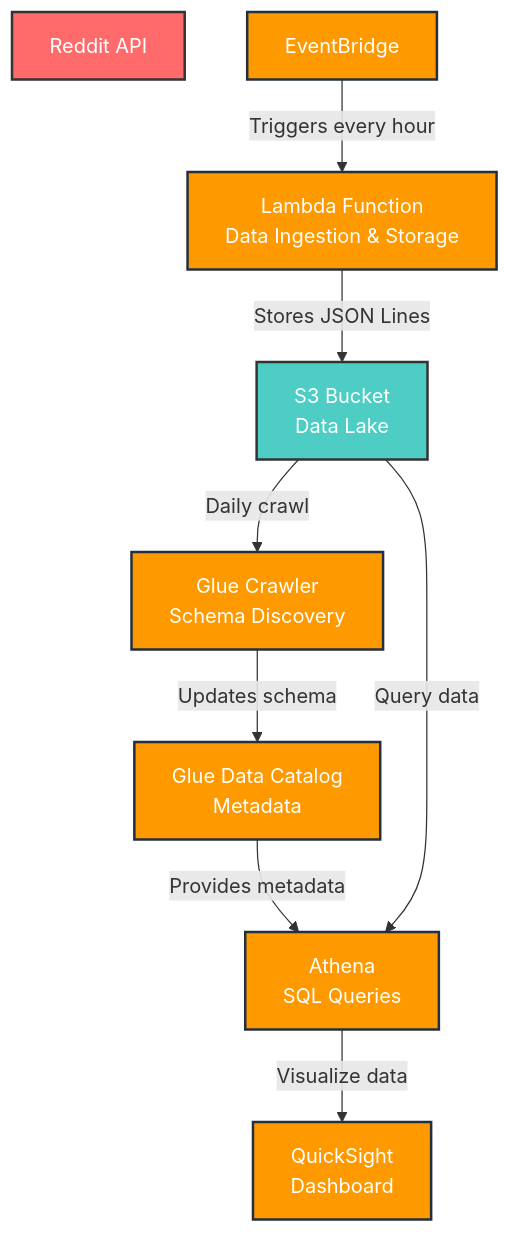
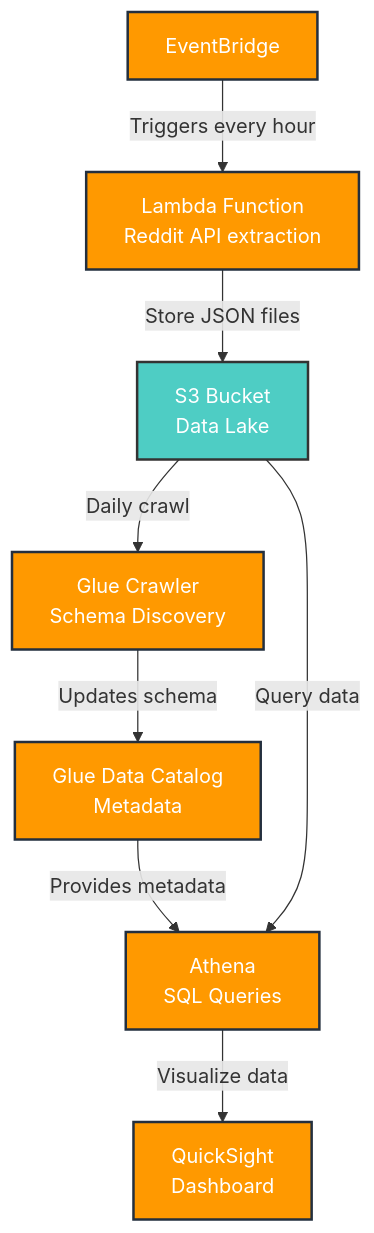
The diagram in README.md (YonatanHanasav/aws-reddit-streaming-pipeline), drawn with Mermaid before and after one commit.

Commit message:
Readme edits

````diff
--- a/README.md
+++ b/README.md
@@ -16,27 +16,26 @@
 ```mermaid
-graph TB
-    RedditAPI[Reddit API] 
+graph TB 
     EventBridge[EventBridge<br/>]
-    Lambda[Lambda Function<br/>Data Ingestion & Storage]
+    Lambda[Lambda Function<br/>Reddit API extraction]
     S3[S3 Bucket<br/>Data Lake]
     GlueCrawler[Glue Crawler<br/>Schema Discovery]
     DataCatalog[Glue Data Catalog<br/>Metadata]
     Athena[Athena<br/>SQL Queries]
     QuickSight[QuickSight<br/>Dashboard]
     
     EventBridge -->|Triggers every hour| Lambda
-    Lambda -->|Stores JSON Lines| S3
+    Lambda -->|Store JSON files| S3
     S3 -->|Daily crawl| GlueCrawler
     GlueCrawler -->|Updates schema| DataCatalog
     DataCatalog -->|Provides metadata| Athena
     S3 -->|Query data| Athena
     Athena -->|Visualize data| QuickSight
     
     classDef aws fill:#FF9900,stroke:#232F3E,stroke-width:2px,color:#fff
     classDef external fill:#FF6B6B,stroke:#333,stroke-width:2px,color:#fff
     classDef data fill:#4ECDC4,stroke:#333,stroke-width:2px,color:#fff
     
     class EventBridge,Lambda,S3,GlueCrawler,DataCatalog,Athena,QuickSight aws
     class RedditAPI external
     class S3 data
 ```
````
